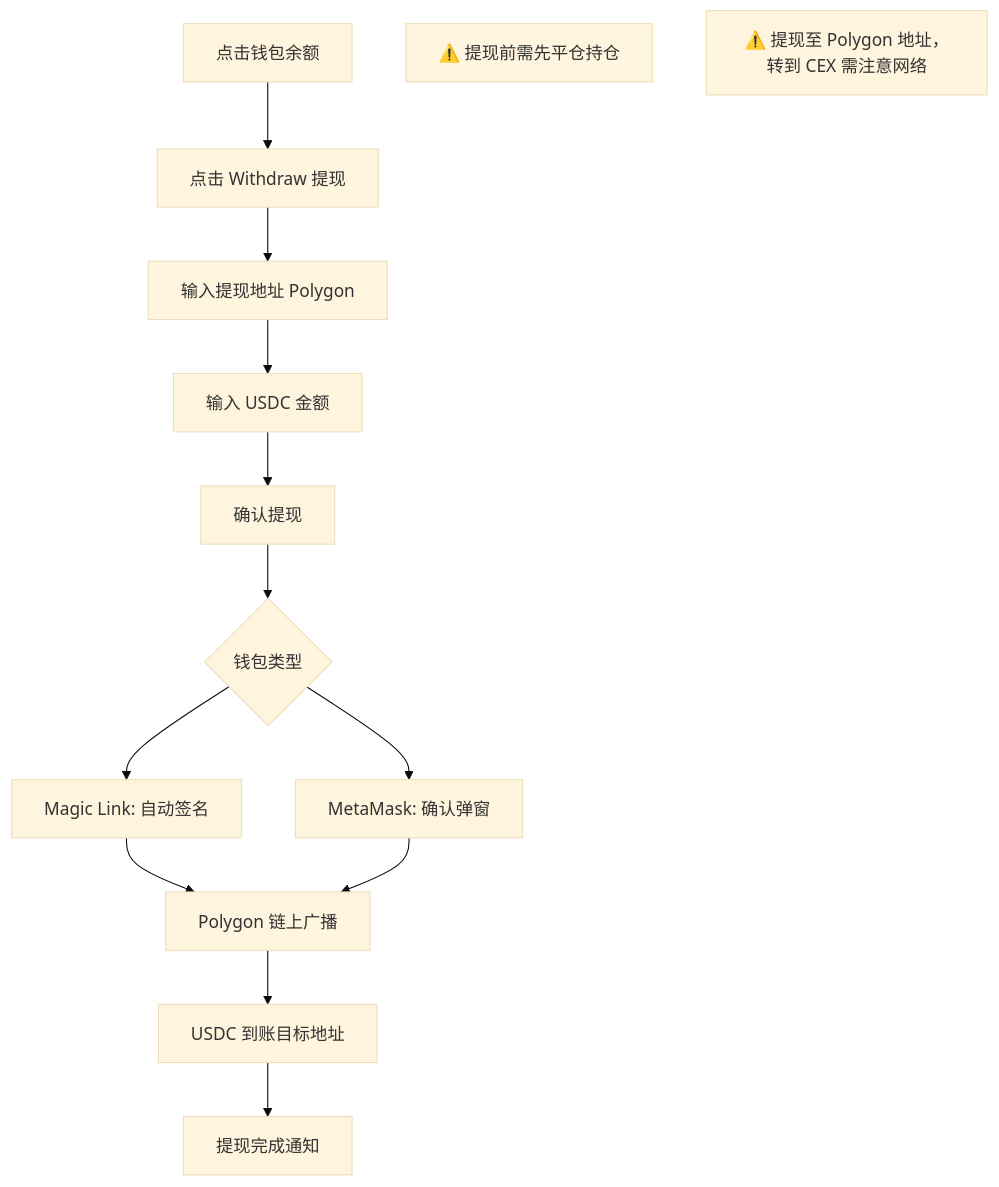
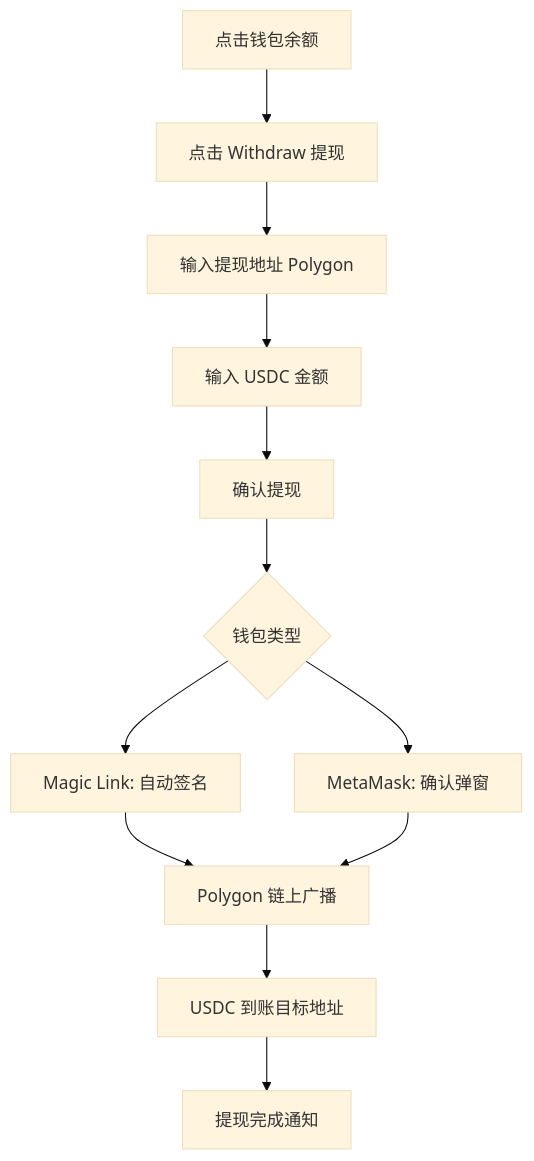
The fifth of 14 diagrams in research/01_betmoar/analysis.md (survivorff/polymarket_research), drawn with Mermaid (base theme) before and after one commit. The commit also changed 11 other files, not shown here.

First line of the commit message:
修复所有 Mermaid 语法错误，确保流程图可正常渲染

````diff
--- a/research/01_betmoar/analysis.md
+++ b/research/01_betmoar/analysis.md
@@ -151,16 +151,16 @@
 ```mermaid
 flowchart TD
     A[点击钱包余额] --> B[点击 Withdraw 提现]
     B --> C[输入提现地址 Polygon]
     C --> D[输入 USDC 金额]
     D --> E[确认提现]
     E --> F{钱包类型}
     F --> F1[Magic Link: 自动签名]
     F --> F2[MetaMask: 确认弹窗]
     F1 --> G[Polygon 链上广播]
     F2 --> G
     G --> H[USDC 到账目标地址]
     H --> I[提现完成通知]
-    note1[⚠️ 提现前需先平仓持仓]
-    note2[⚠️ 提现至 Polygon 地址，转到 CEX 需注意网络]
+    %% 注: ⚠️ 提现前需先平仓持仓
+    %% 注: ⚠️ 提现至 Polygon 地址，转到 CEX 需注意网络
 ```
````
